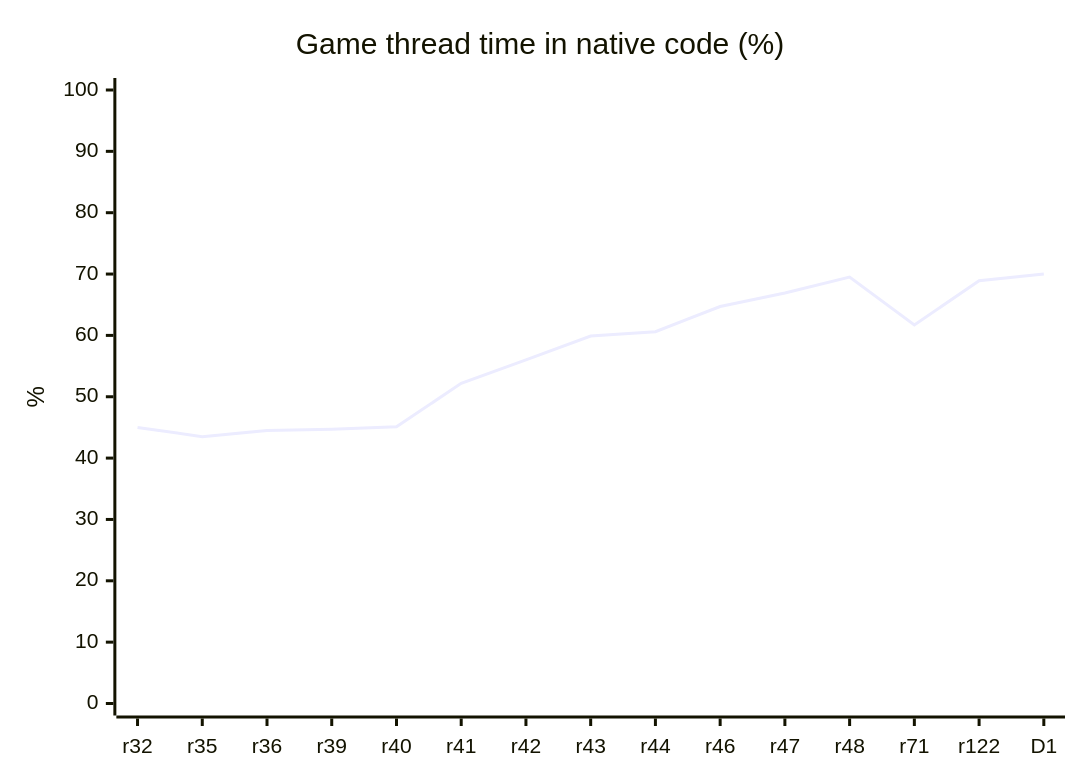
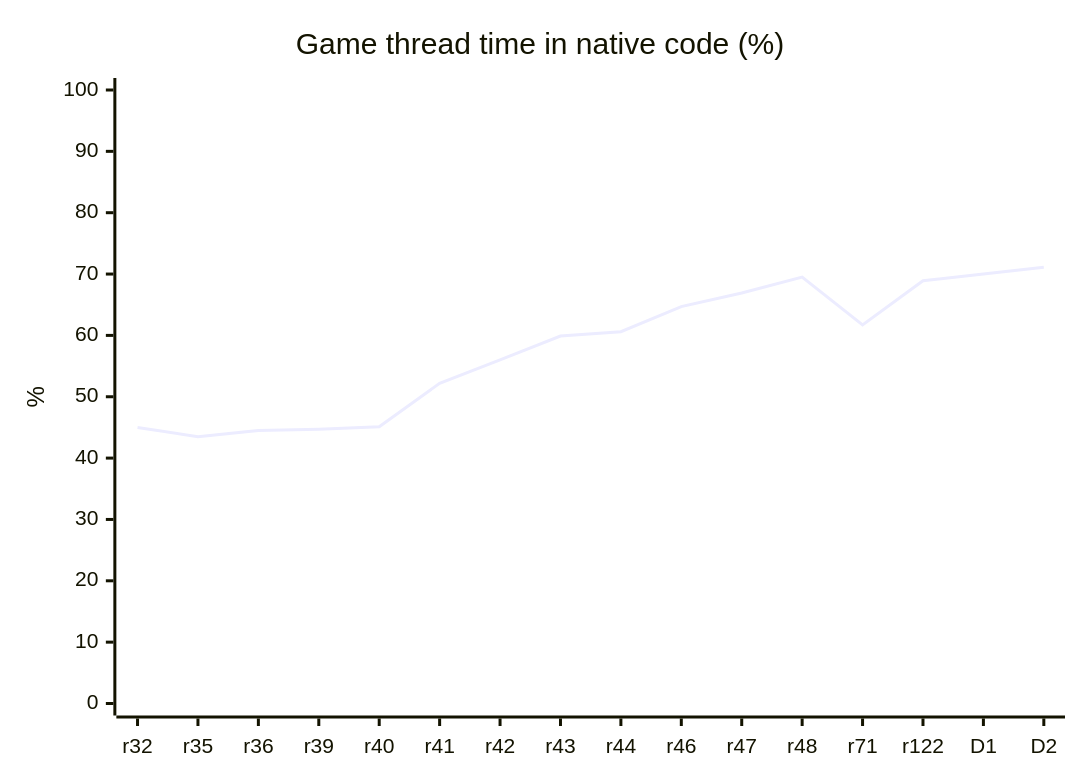
One commit to HenryKun55/celosia changed the diagram in README.md. Above: the diagram before and after it, drawn with Mermaid. The commit also changed other lines of this file and 16 other files, not shown here.

````diff
--- a/README.md
+++ b/README.md
@@ -267,7 +268,7 @@
 ```mermaid
 xychart-beta
     title "Game thread time in native code (%)"
-    x-axis ["r32", "r35", "r36", "r39", "r40", "r41", "r42", "r43", "r44", "r46", "r47", "r48", "r71", "r122", "D1"]
+    x-axis ["r32", "r35", "r36", "r39", "r40", "r41", "r42", "r43", "r44", "r46", "r47", "r48", "r71", "r122", "D1", "D2"]
     y-axis "%" 0 --> 100
-    line [45.0, 43.5, 44.5, 44.7, 45.1, 52.2, 56.0, 59.9, 60.6, 64.7, 66.9, 69.5, 61.7, 68.9, 70.0]
+    line [45.0, 43.5, 44.5, 44.7, 45.1, 52.2, 56.0, 59.9, 60.6, 64.7, 66.9, 69.5, 61.7, 68.9, 70.0, 71.1]
 ```
````
